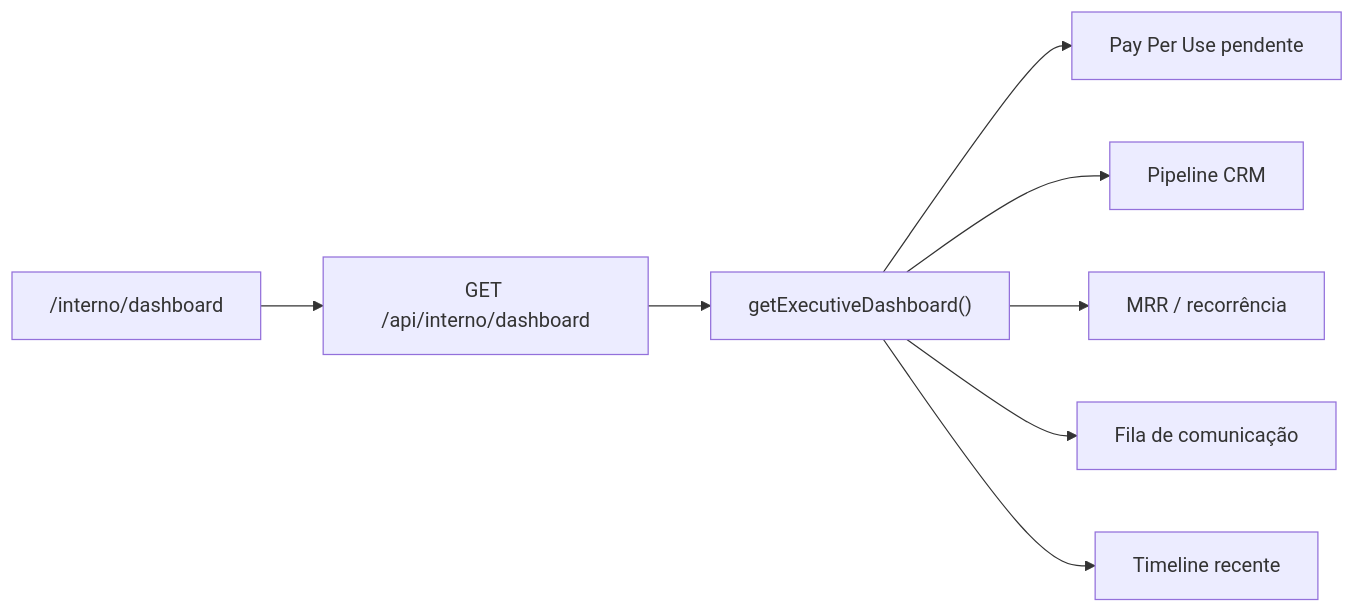
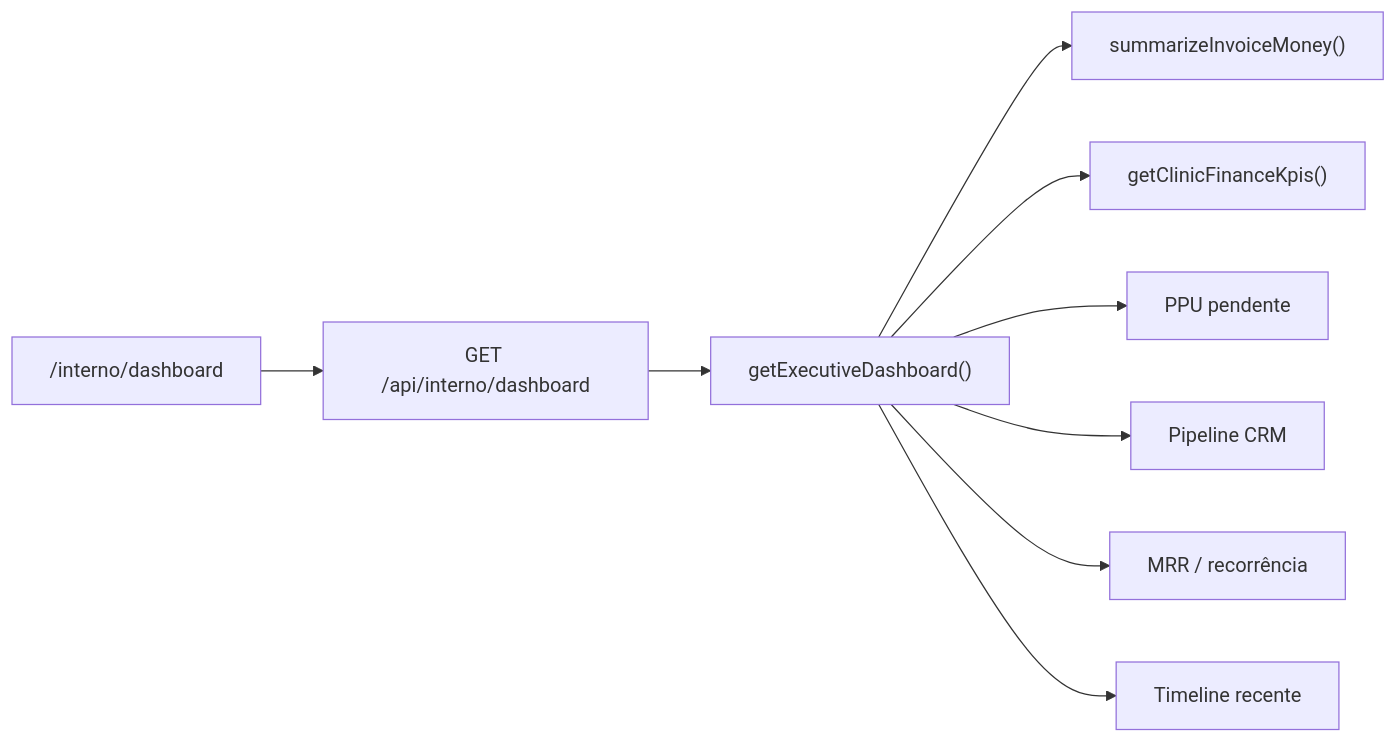
Diagram 16 of 16 in docs/plataforma/ARQUITETURA.md (Piulres/sistema-bibi), drawn with Mermaid before and after one commit. The commit also changed other lines of this file and 6 other files, not shown here.

````diff
--- a/docs/plataforma/ARQUITETURA.md
+++ b/docs/plataforma/ARQUITETURA.md
@@ -815,10 +815,11 @@
 ```mermaid
 flowchart LR
   Page["/interno/dashboard"] --> API["GET /api/interno/dashboard"]
   API --> Svc["getExecutiveDashboard()"]
-  Svc --> PP["Pay Per Use pendente"]
+  Svc --> Bill["summarizeInvoiceMoney()"]
+  Svc --> Clinic["getClinicFinanceKpis()"]
+  Svc --> PP["PPU pendente"]
   Svc --> CRM["Pipeline CRM"]
   Svc --> Sub["MRR / recorrência"]
-  Svc --> Msg["Fila de comunicação"]
   Svc --> TL["Timeline recente"]
 ```
````
